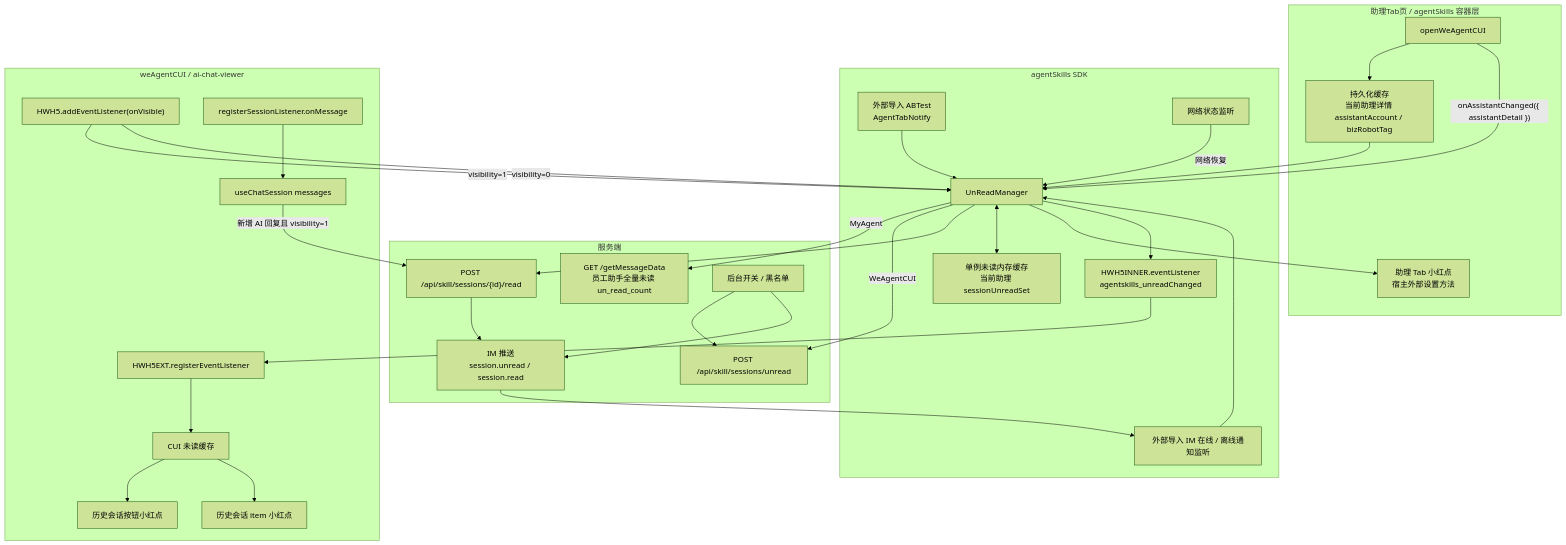
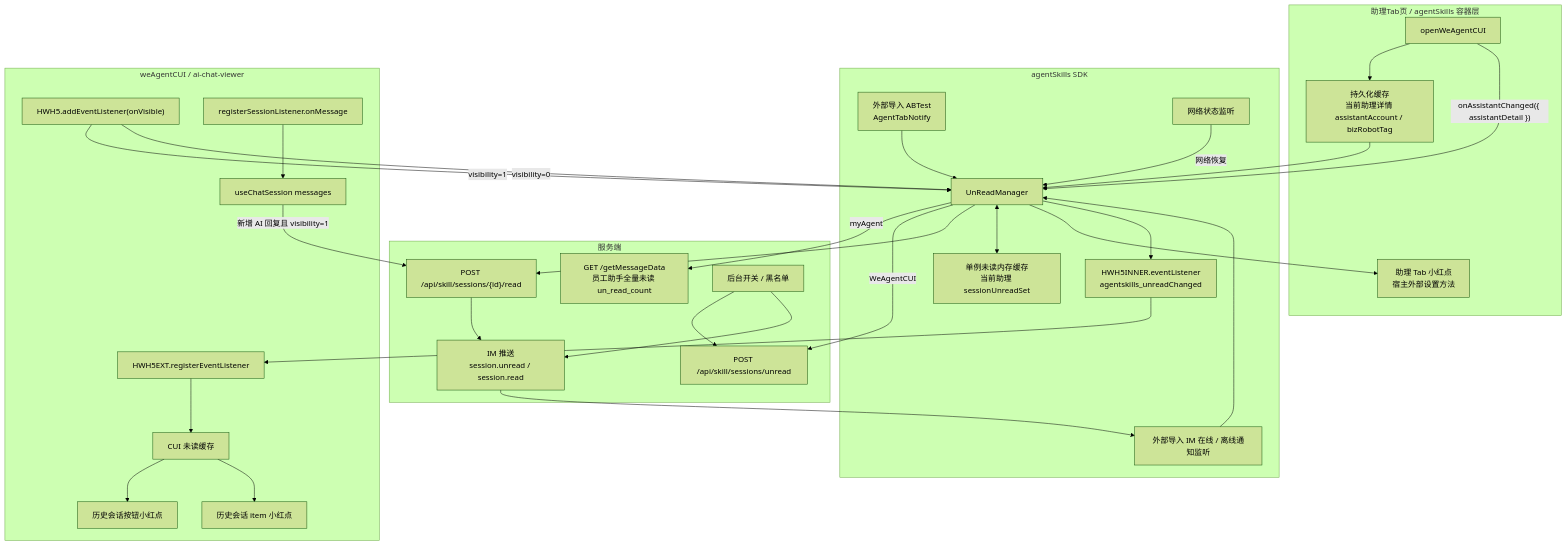
One commit to Abelsjcheng/skillSDK changed the second of 10 diagrams in 2026-06-11-we-agent-tab-unread-red-dot-plan.md. Above: the diagram before and after it, drawn with Mermaid (forest theme). The commit also changed other lines of this file, not shown here.

````diff
--- a/2026-06-11-we-agent-tab-unread-red-dot-plan.md
+++ b/2026-06-11-we-agent-tab-unread-red-dot-plan.md
@@ -82,60 +82,60 @@
 ```mermaid
 flowchart TB
     subgraph Host["助理Tab页 / agentSkills 容器层"]
         Tab["助理 Tab 小红点\n宿主外部设置方法"]
         Container["openWeAgentCUI"]
         Persist["持久化缓存\n当前助理详情 assistantAccount / bizRobotTag"]
     end
 
     subgraph SDK["agentSkills SDK"]
         AB["外部导入 ABTest\nAgentTabNotify"]
         Manager["UnReadManager"]
         Memory["单例未读内存缓存\n当前助理 sessionUnreadSet"]
         IM["外部导入 IM 在线 / 离线通知监听"]
         Net["网络状态监听"]
         InnerEvent["HWH5INNER.eventListener\nagentskills_unreadChanged"]
     end
 
     subgraph Server["服务端"]
         UnreadApi["POST /api/skill/sessions/unread"]
         ReadApi["POST /api/skill/sessions/{id}/read"]
         MyAgentApi["GET /getMessageData\n员工助手全量未读 un_read_count"]
         Push["IM 推送\nsession.unread / session.read"]
         Switch["后台开关 / 黑名单"]
     end
 
     subgraph CUI["weAgentCUI / ai-chat-viewer"]
         ExtEvent["HWH5EXT.registerEventListener"]
         Visible["HWH5.addEventListener(onVisible)"]
         ReadCache["CUI 未读缓存"]
         HistoryButton["历史会话按钮小红点"]
         HistoryList["历史会话 item 小红点"]
         Messages["useChatSession messages"]
         OnMessage["registerSessionListener.onMessage"]
     end
 
     Container --> Persist
     Container -->|"onAssistantChanged({ assistantDetail })"| Manager
     Persist --> Manager
     AB --> Manager
-    Manager -->|"MyAgent"| MyAgentApi
+    Manager -->|"myAgent"| MyAgentApi
     Manager -->|"WeAgentCUI"| UnreadApi
     Manager --> ReadApi
     Push --> IM
     IM --> Manager
     Net -->|"网络恢复"| Manager
     Switch --> UnreadApi
     Switch --> Push
     Manager <--> Memory
     Manager --> Tab
     Manager --> InnerEvent
     InnerEvent --> ExtEvent
     ExtEvent --> ReadCache
     ReadCache --> HistoryButton
     ReadCache --> HistoryList
     Visible -->|"visibility=1"| Manager
     Visible -->|"visibility=0"| Manager
     OnMessage --> Messages
     Messages -->|"新增 AI 回复且 visibility=1"| ReadApi
     ReadApi --> Push
 ```
````
